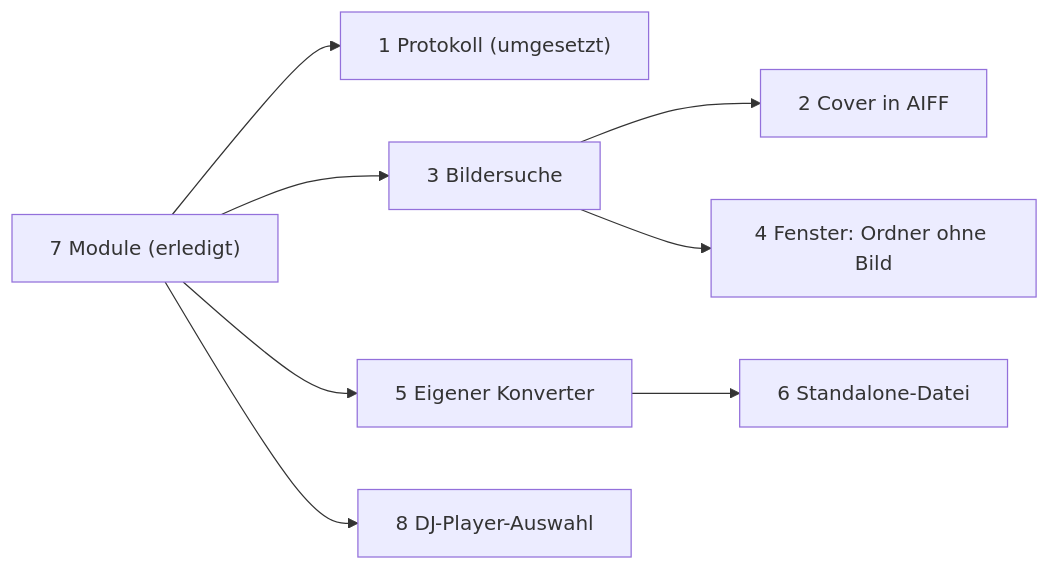
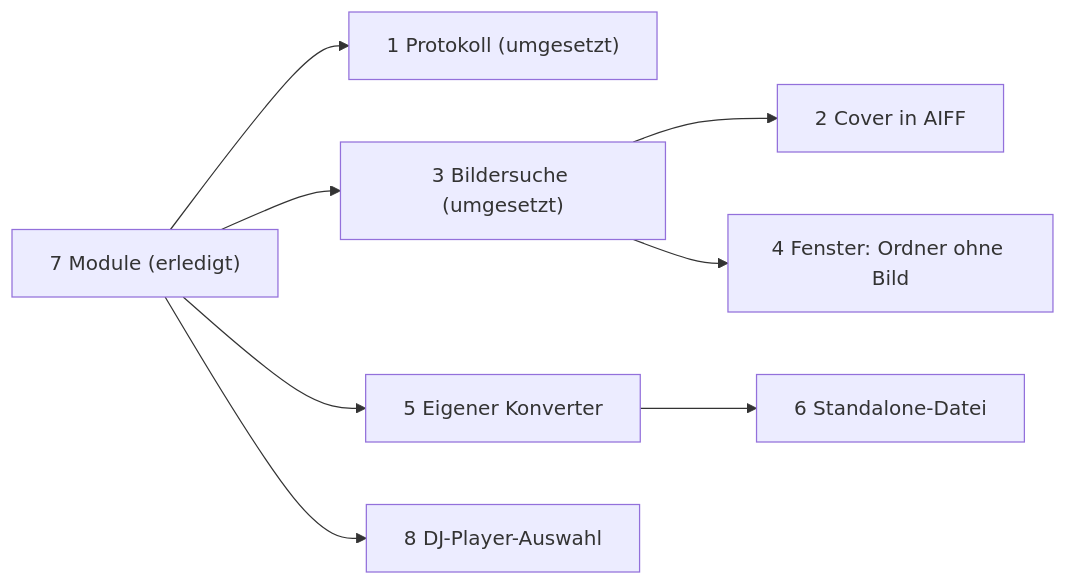
One commit to Senci/audio-konverter changed the diagram in wiki/offen.md. Above: the diagram before and after it, drawn with Mermaid. The commit also changed other lines of this file and 3 other files, not shown here.

````diff
--- a/wiki/offen.md
+++ b/wiki/offen.md
@@ -3,10 +3,10 @@
 ```mermaid
 flowchart LR
     M["7 Module (erledigt)"] --> P["1 Protokoll (umgesetzt)"]
-    M --> B["3 Bildersuche"]
+    M --> B["3 Bildersuche (umgesetzt)"]
     M --> K["5 Eigener Konverter"]
     M --> D["8 DJ-Player-Auswahl"]
     B --> C["2 Cover in AIFF"]
     B --> N["4 Fenster: Ordner ohne Bild"]
     K --> S["6 Standalone-Datei"]
 ```
````
